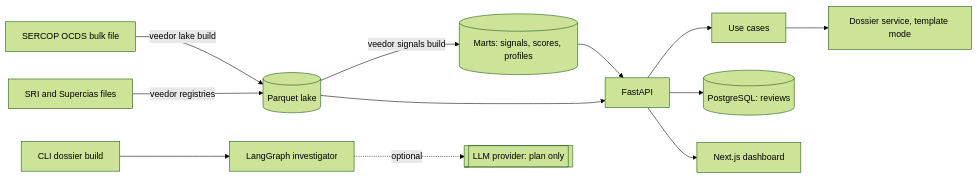
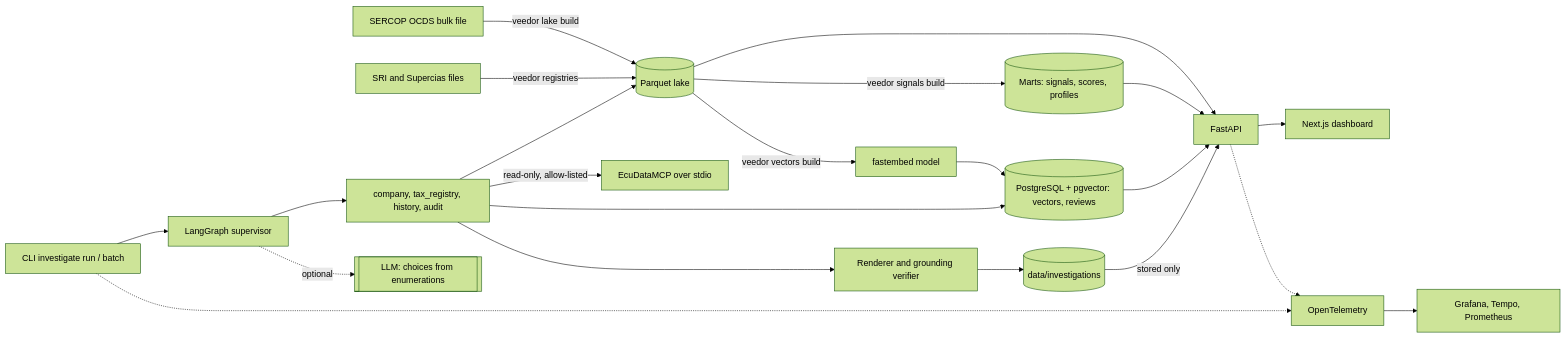
One commit to DweskZ/veedor changed the diagram in README.md. Above: the diagram before and after it, drawn with Mermaid (forest theme). The commit also changed other lines of this file and 5 other files, not shown here.

````diff
--- a/README.md
+++ b/README.md
@@ -174,14 +272,23 @@
 ```mermaid
 flowchart LR
   B[SERCOP OCDS bulk file] -->|veedor lake build| LK[(Parquet lake)]
   R[SRI and Supercias files] -->|veedor registries| LK
   LK -->|veedor signals build| MT[(Marts: signals, scores, profiles)]
+  LK -->|veedor vectors build| EMB[fastembed model] --> PG[(PostgreSQL + pgvector: vectors, reviews)]
   LK --> API[FastAPI]
   MT --> API
-  API --> UC[Use cases]
-  UC --> DS[Dossier service, template mode]
-  CLI[CLI dossier build] --> G[LangGraph investigator]
-  G -.optional.-> LLM[[LLM provider: plan only]]
-  API --> PG[(PostgreSQL: reviews)]
+  PG --> API
   API --> WEB[Next.js dashboard]
+  CLI[CLI investigate run / batch] --> SUP[LangGraph supervisor]
+  SUP --> SPEC[company, tax_registry, history, audit]
+  SPEC -->|read-only, allow-listed| MCP[EcuDataMCP over stdio]
+  SPEC --> LK
+  SPEC --> PG
+  SUP -.optional.-> LLM[[LLM: choices from enumerations]]
+  SPEC --> VER[Renderer and grounding verifier]
+  VER --> INV[(data/investigations)]
+  INV -->|stored only| API
+  API -.-> OT[OpenTelemetry]
+  CLI -.-> OT
+  OT --> GR[Grafana, Tempo, Prometheus]
 ```
````
